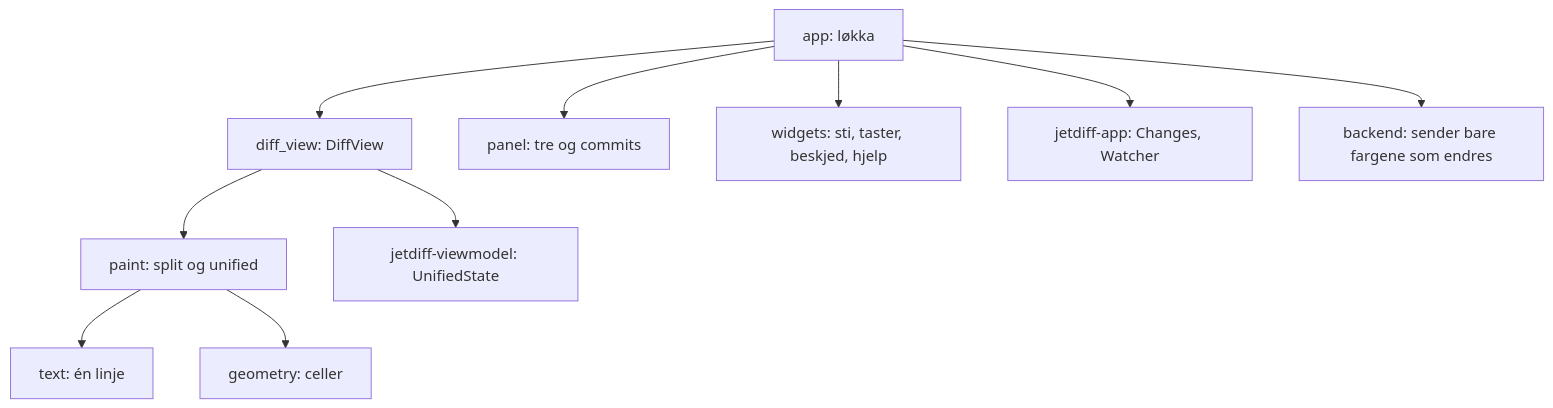
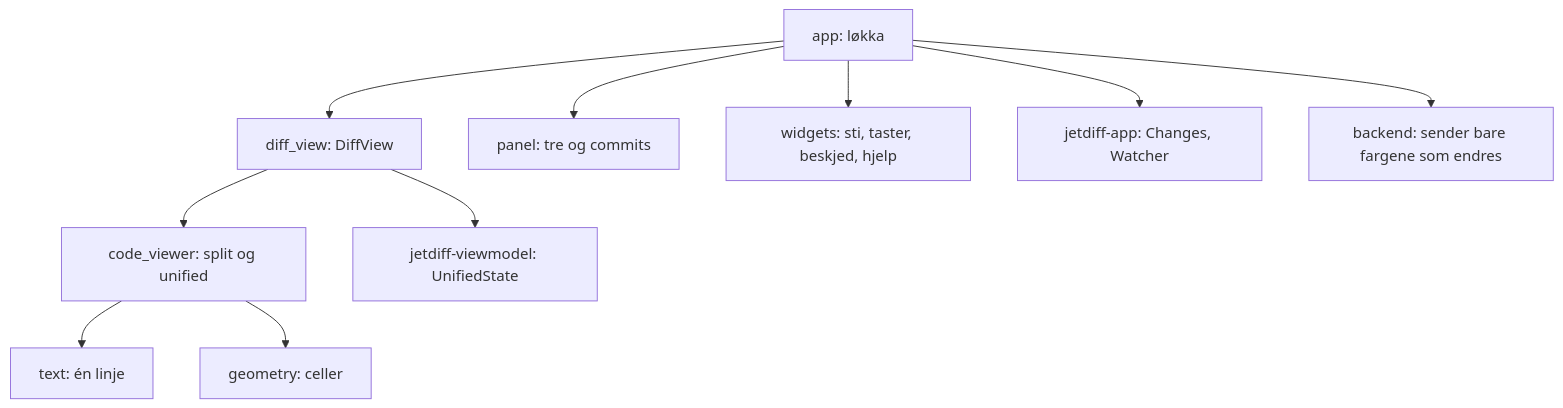
Before and after one commit to akemkers/jetdiff: the diagram in crates/jetdiff-tui/README.md, drawn with Mermaid. The commit also changed 10 other files, not shown here.

First line of the commit message:
Del tegningen av diffen i terminalen i code_viewer

````diff
--- a/crates/jetdiff-tui/README.md
+++ b/crates/jetdiff-tui/README.md
@@ -32,12 +32,12 @@
 ```mermaid
 graph TD
     app[app: løkka] --> diff[diff_view: DiffView]
     app --> panel[panel: tre og commits]
     app --> widgets[widgets: sti, taster, beskjed, hjelp]
     app --> changes[jetdiff-app: Changes, Watcher]
     app --> backend[backend: sender bare fargene som endres]
-    diff --> paint[paint: split og unified]
-    paint --> text[text: én linje]
-    paint --> geometry[geometry: celler]
+    diff --> viewer[code_viewer: split og unified]
+    viewer --> text[text: én linje]
+    viewer --> geometry[geometry: celler]
     diff --> state[jetdiff-viewmodel: UnifiedState]
 ```
````
